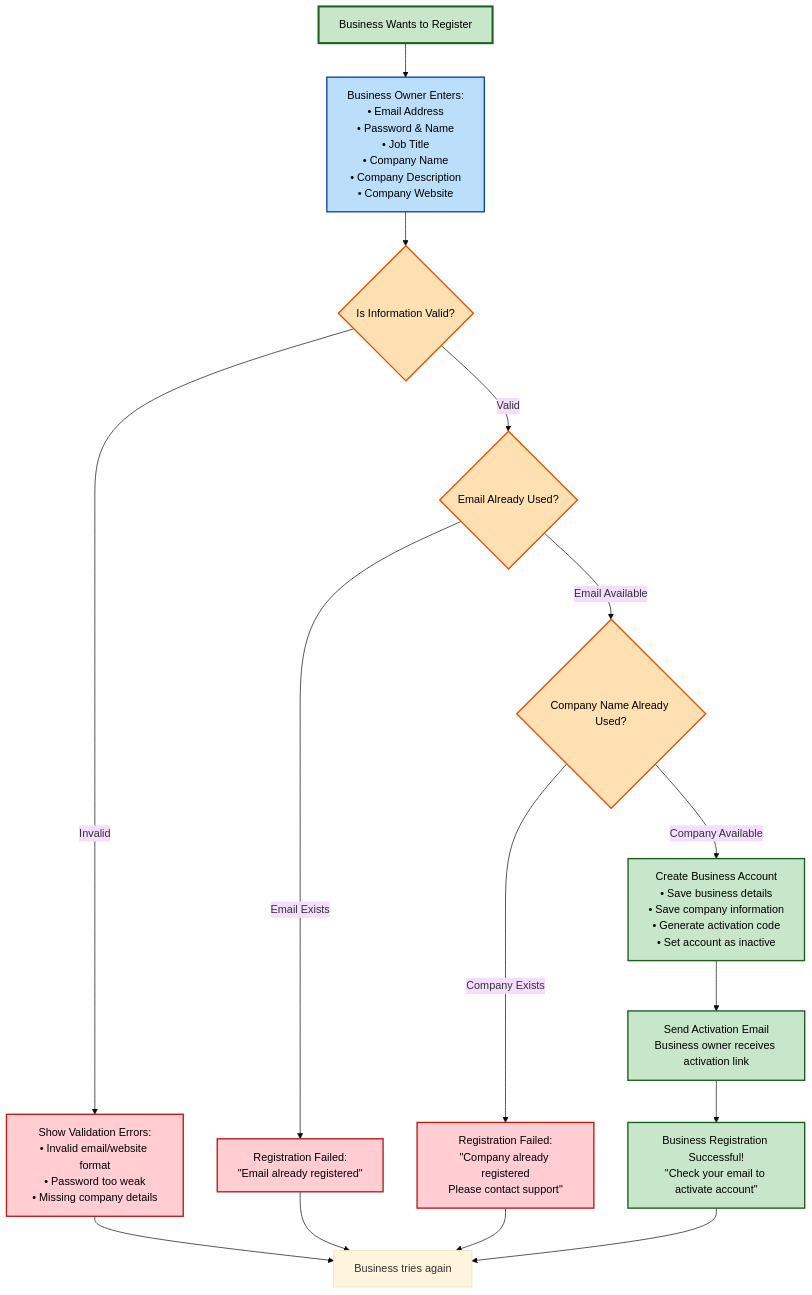
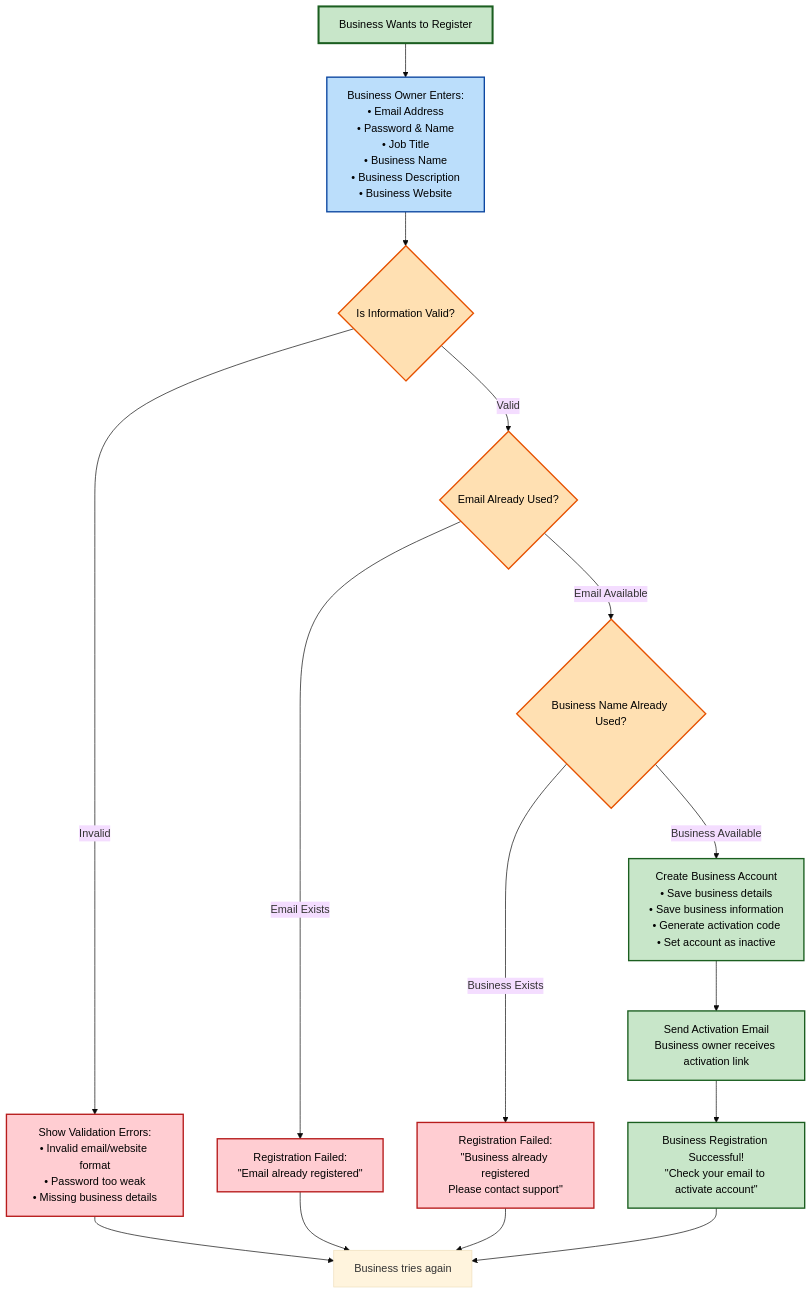
One commit to cup1111/zendulge-be changed the diagram in diagrams/business-process-flows.md. Above: the diagram before and after it, drawn with Mermaid (base theme). The commit also changed 33 other files, not shown here.

````diff
--- a/diagrams/business-process-flows.md
+++ b/diagrams/business-process-flows.md
@@ -5,40 +5,40 @@
 ```mermaid
 flowchart TD
-    StartBiz[Business Wants to Register] --> InputBiz[Business Owner Enters:<br/>• Email Address<br/>• Password & Name<br/>• Job Title<br/>• Company Name<br/>• Company Description<br/>• Company Website]
+    StartBiz[Business Wants to Register] --> InputBiz[Business Owner Enters:<br/>• Email Address<br/>• Password & Name<br/>• Job Title<br/>• Business Name<br/>• Business Description<br/>• Business Website]
 
     InputBiz --> ValidateBiz{Is Information Valid?}
 
-    ValidateBiz -->|Invalid| ValidationFailBiz[Show Validation Errors:<br/>• Invalid email/website format<br/>• Password too weak<br/>• Missing company details]
+    ValidateBiz -->|Invalid| ValidationFailBiz[Show Validation Errors:<br/>• Invalid email/website format<br/>• Password too weak<br/>• Missing business details]
 
     ValidateBiz -->|Valid| CheckEmailBiz{Email Already Used?}
 
     CheckEmailBiz -->|Email Exists| EmailExistsBiz[Registration Failed:<br/>&quot;Email already registered&quot;]
 
-    CheckEmailBiz -->|Email Available| CheckCompany{Company Name Already Used?}
+    CheckEmailBiz -->|Email Available| CheckBusiness{Business Name Already Used?}
 
-    CheckCompany -->|Company Exists| CompanyExists[Registration Failed:<br/>&quot;Company already registered<br/>Please contact support&quot;]
+    CheckBusiness -->|Business Exists| BusinessExists[Registration Failed:<br/>&quot;Business already registered<br/>Please contact support&quot;]
 
-    CheckCompany -->|Company Available| CreateBizAccount[Create Business Account<br/>• Save business details<br/>• Save company information<br/>• Generate activation code<br/>• Set account as inactive]
+    CheckBusiness -->|Business Available| CreateBizAccount[Create Business Account<br/>• Save business details<br/>• Save business information<br/>• Generate activation code<br/>• Set account as inactive]
 
     CreateBizAccount --> SendEmailBiz[Send Activation Email<br/>Business owner receives activation link]
 
     SendEmailBiz --> SuccessBiz[Business Registration Successful!<br/>&quot;Check your email to activate account&quot;]
 
     ValidationFailBiz --> EndBiz[Business tries again]
     EmailExistsBiz --> EndBiz
-    CompanyExists --> EndBiz
+    BusinessExists --> EndBiz
     SuccessBiz --> EndBiz
 
     %% Styling
     classDef startClass fill:#c8e6c9,stroke:#1b5e20,stroke-width:3px,color:#000000
     classDef errorClass fill:#ffcdd2,stroke:#b71c1c,stroke-width:2px,color:#000000
     classDef successClass fill:#c8e6c9,stroke:#1b5e20,stroke-width:2px,color:#000000
     classDef processClass fill:#bbdefb,stroke:#0d47a1,stroke-width:2px,color:#000000
     classDef decisionClass fill:#ffe0b2,stroke:#e65100,stroke-width:2px,color:#000000
 
     class StartBiz startClass
-    class ValidationFailBiz,EmailExistsBiz,CompanyExists errorClass
+    class ValidationFailBiz,EmailExistsBiz,BusinessExists errorClass
     class CreateBizAccount,SendEmailBiz,SuccessBiz successClass
     class InputBiz processClass
-    class ValidateBiz,CheckEmailBiz,CheckCompany decisionClass
+    class ValidateBiz,CheckEmailBiz,CheckBusiness decisionClass
 ```
````
